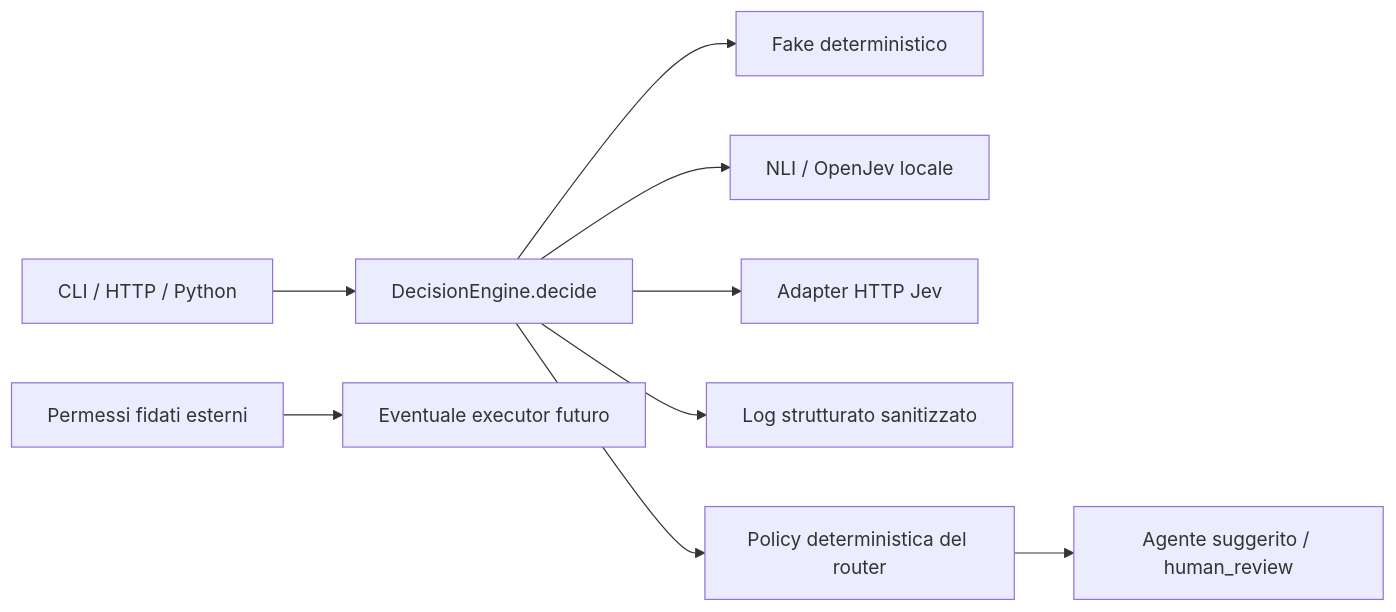
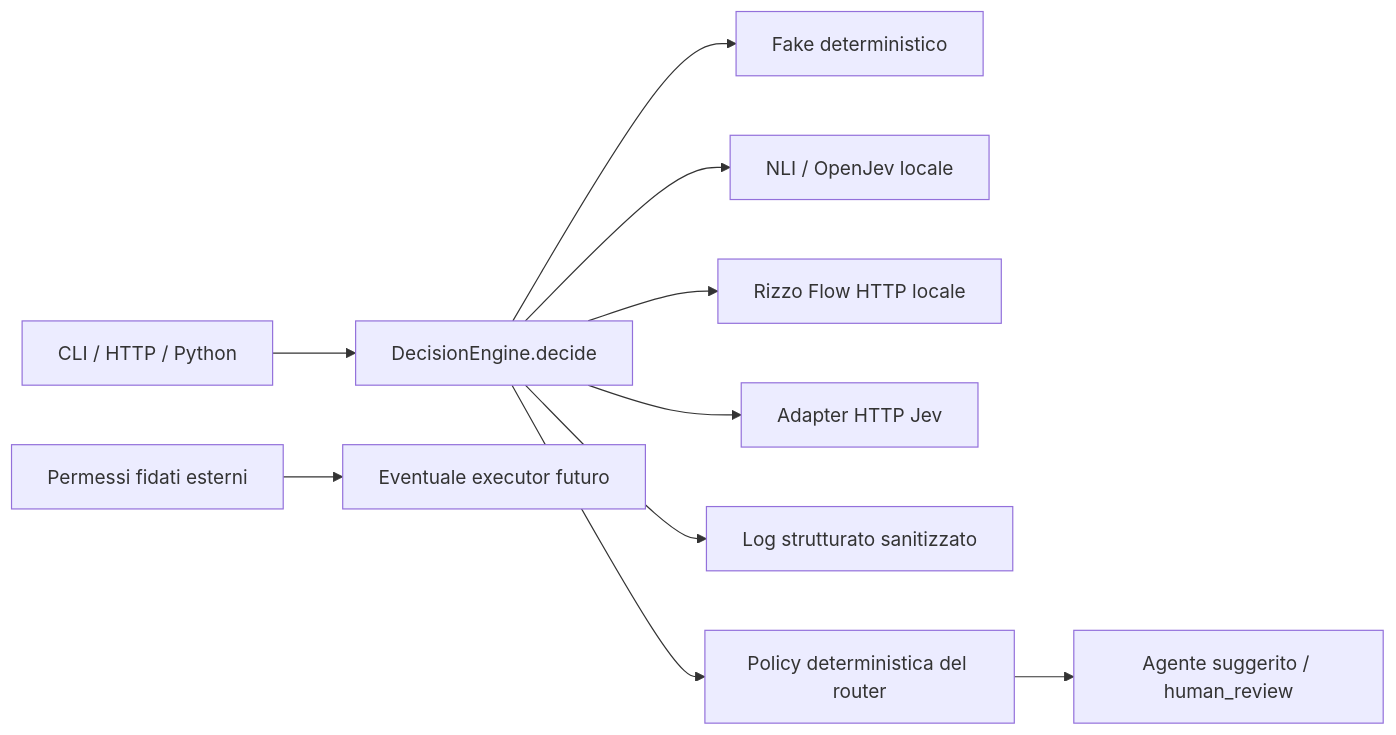
Before and after one commit to zalaso/decision-router: the diagram in docs/ARCHITECTURE.md, drawn with Mermaid. The commit also changed other lines of this file and 12 other files, not shown here.

Commit message:
Add local Rizzo Flow provider

````diff
--- a/docs/ARCHITECTURE.md
+++ b/docs/ARCHITECTURE.md
@@ -9,11 +9,12 @@
 ```mermaid
 flowchart LR
     Client[CLI / HTTP / Python] --> Engine[DecisionEngine.decide]
     Engine --> Fake[Fake deterministico]
     Engine --> Local[NLI / OpenJev locale]
+    Engine --> Rizzo[Rizzo Flow HTTP locale]
     Engine --> Cloud[Adapter HTTP Jev]
     Engine --> Audit[Log strutturato sanitizzato]
     Engine --> Policy[Policy deterministica del router]
     Policy --> Suggestion[Agente suggerito / human_review]
     Grants[Permessi fidati esterni] --> Executor[Eventuale executor futuro]
 ```
````
